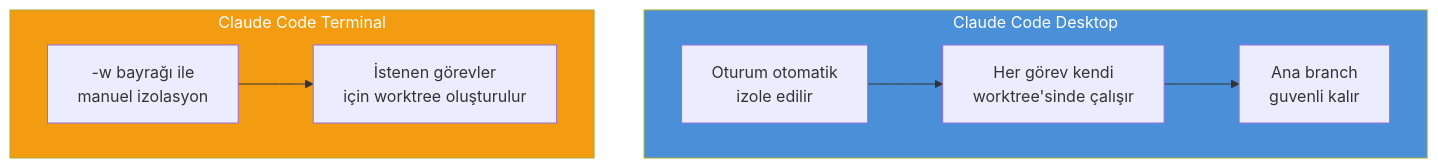
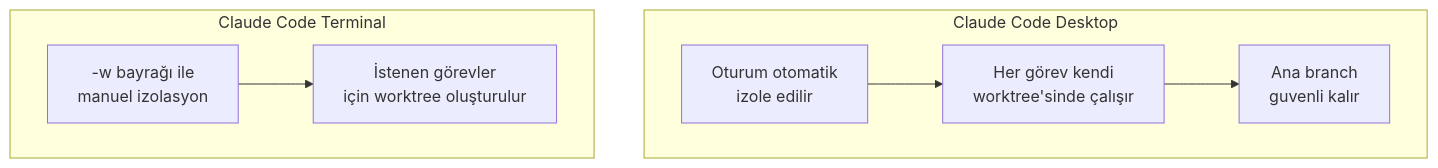
The fourth of 7 diagrams in 09-bellek-ve-baglam/08-worktree-ile-paralel-calisma.md (IzzetYasinAtes/ClaudeCodeHandbook), drawn with Mermaid before and after one commit. The commit also changed other lines of this file and 97 other files, not shown here.

Commit message:
Remove all custom Mermaid style/fill colors from 98 markdown files for consistent dark theme rendering

````diff
--- a/09-bellek-ve-baglam/08-worktree-ile-paralel-calisma.md
+++ b/09-bellek-ve-baglam/08-worktree-ile-paralel-calisma.md
@@ -175,16 +171,14 @@
 ```mermaid
 flowchart TD
     subgraph desktop ["Claude Code Desktop"]
         DA["Oturum otomatik<br/>izole edilir"]
         DA --> ISO1["Her görev kendi<br/>worktree'sinde çalışır"]
         ISO1 --> SAFE["Ana branch<br/>guvenli kalır"]
     end
 
     subgraph terminal ["Claude Code Terminal"]
         TA["-w bayrağı ile<br/>manuel izolasyon"]
         TA --> ISO2["İstenen görevler<br/>için worktree oluşturulur"]
     end
 
-    style desktop fill:#4A90D9,color:#fff
-    style terminal fill:#F39C12,color:#fff
 ```
````
